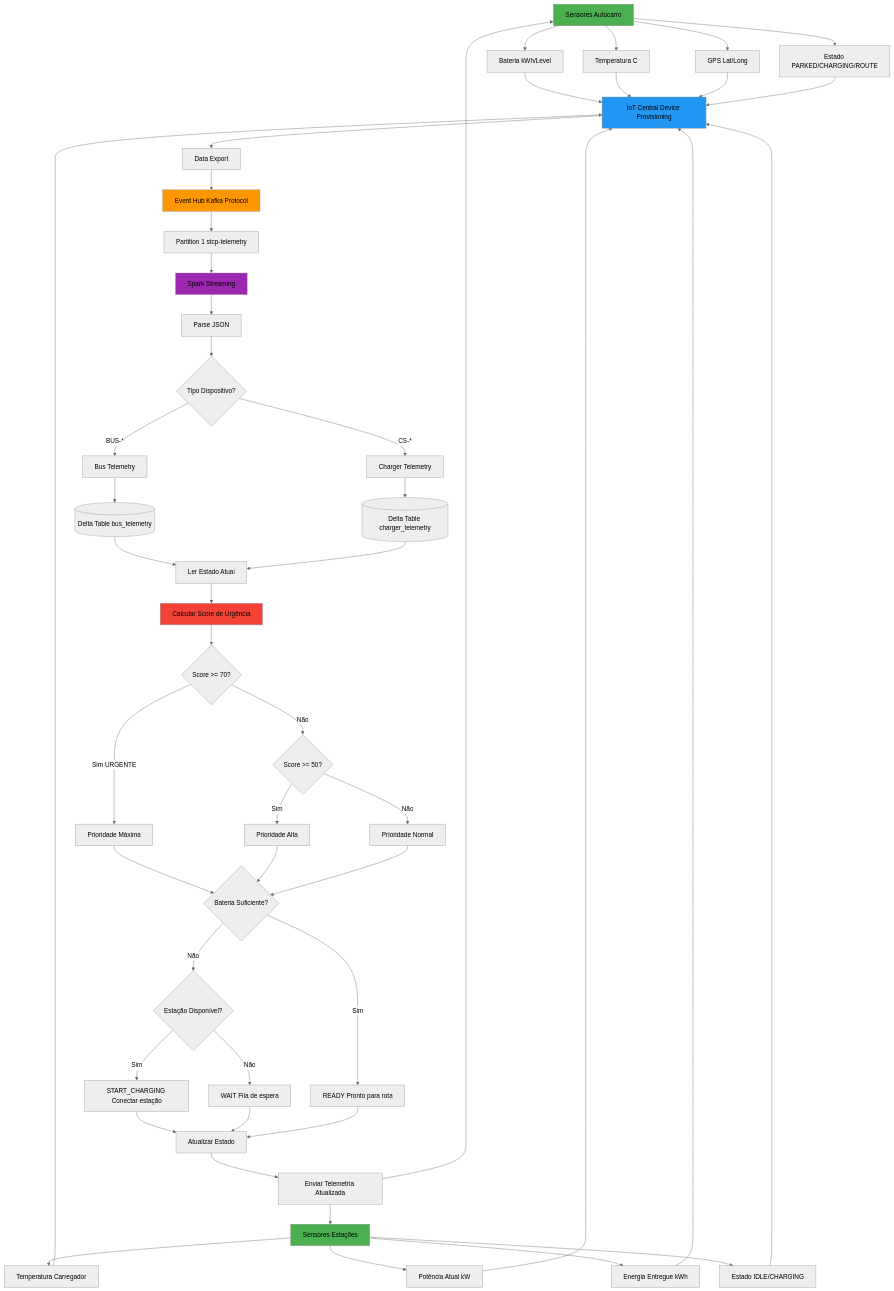
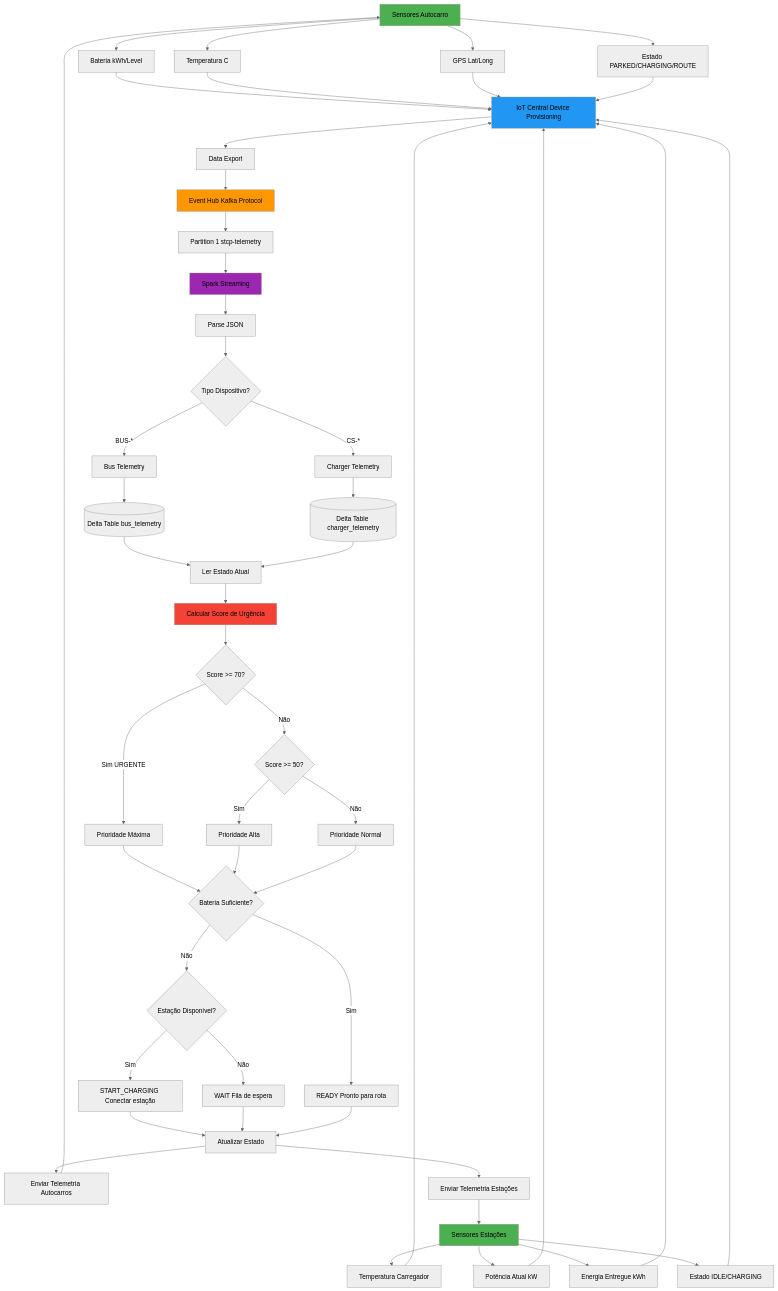
One commit to Highleaf2/stcp-bus-charging-simulation changed the diagram in WORKFLOW_DIAGRAMS.md. Above: the diagram before and after it, drawn with Mermaid (neutral theme). The commit also changed other lines of this file, not shown here.

````diff
--- a/WORKFLOW_DIAGRAMS.md
+++ b/WORKFLOW_DIAGRAMS.md
@@ -4,67 +6,69 @@
 ```mermaid
 graph TB
     A[Sensores Autocarro] --> A1[Bateria kWh/Level]
     A --> A2[Temperatura C]
     A --> A3[GPS Lat/Long]
     A --> A4[Estado PARKED/CHARGING/ROUTE]
     
     CS[Sensores Estações] --> CS1[Temperatura Carregador]
     CS --> CS2[Potência Atual kW]
     CS --> CS3[Energia Entregue kWh]
     CS --> CS4[Estado IDLE/CHARGING]
     
     A1 --> B[IoT Central Device Provisioning]
     A2 --> B
     A3 --> B
     A4 --> B
     CS1 --> B
     CS2 --> B
     CS3 --> B
     CS4 --> B
     
     B --> C[Data Export]
     C --> D[Event Hub Kafka Protocol]
     D --> D1[Partition 1 stcp-telemetry]
     
     D1 --> E[Spark Streaming]
     E --> F[Parse JSON]
     F --> G{Tipo Dispositivo?}
     G -->|BUS-*| H[Bus Telemetry]
     G -->|CS-*| I[Charger Telemetry]
     H --> J[(Delta Table bus_telemetry)]
     I --> K[(Delta Table charger_telemetry)]
     
     J --> M[Ler Estado Atual]
     K --> M
     M --> N[Calcular Score de Urgência]
     
     N --> O{Score >= 70?}
     O -->|Sim URGENTE| P[Prioridade Máxima]
     O -->|Não| Q{Score >= 50?}
     Q -->|Sim| R[Prioridade Alta]
     Q -->|Não| S[Prioridade Normal]
     
     P --> T{Bateria Suficiente?}
     R --> T
     S --> T
     
     T -->|Não| U{Estação Disponível?}
     T -->|Sim| V[READY Pronto para rota]
     
     U -->|Sim| W[START_CHARGING Conectar estação]
     U -->|Não| X[WAIT Fila de espera]
     
     W --> Y[Atualizar Estado]
     X --> Y
     V --> Y
-    Y --> Z[Enviar Telemetria Atualizada]
-    Z --> A
-    Z --> CS
+    
+    Y --> ZB[Enviar Telemetria Autocarros]
+    Y --> ZC[Enviar Telemetria Estações]
+    ZB --> A
+    ZC --> CS
     
     style A fill:#4CAF50
     style CS fill:#4CAF50
     style B fill:#2196F3
     style D fill:#FF9800
     style E fill:#9C27B0
     style N fill:#F44336
 ```
````
